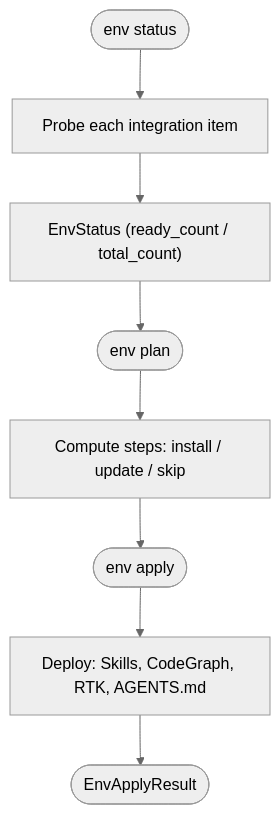
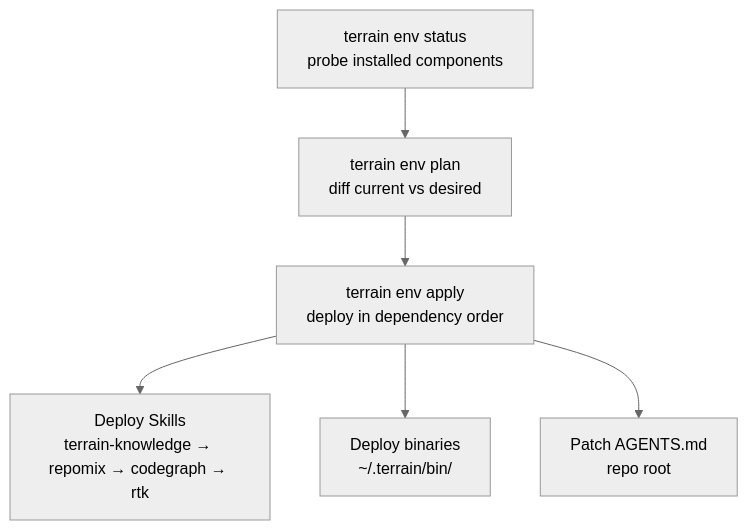
One commit to sopaco/terrain changed the seventh of 7 diagrams in .terrain/human/3.Workflows.md. Above: the diagram before and after it, drawn with Mermaid (neutral theme). The commit also changed other lines of this file and 10 other files, not shown here.

````diff
--- a/.terrain/human/3.Workflows.md
+++ b/.terrain/human/3.Workflows.md
@@ -510,10 +207,8 @@
 ```mermaid
 flowchart TD
-    Start(["env status"]) --> Probe["Probe each integration item"]
-    Probe --> Status["EnvStatus (ready_count / total_count)"]
-    Status --> PlanStep(["env plan"])
-    PlanStep --> Delta["Compute steps: install / update / skip"]
-    Delta --> ApplyStep(["env apply"])
-    ApplyStep --> Deploy["Deploy: Skills, CodeGraph, RTK, AGENTS.md"]
-    Deploy --> Done([EnvApplyResult])
+    Status["terrain env status<br/>probe installed components"] --> Plan["terrain env plan<br/>diff current vs desired"]
+    Plan --> Apply["terrain env apply<br/>deploy in dependency order"]
+    Apply --> Skills["Deploy Skills<br/>terrain-knowledge → repomix → codegraph → rtk"]
+    Apply --> Tools["Deploy binaries<br/>~/.terrain/bin/"]
+    Apply --> AgentsMd["Patch AGENTS.md<br/>repo root"]
 ```
````
